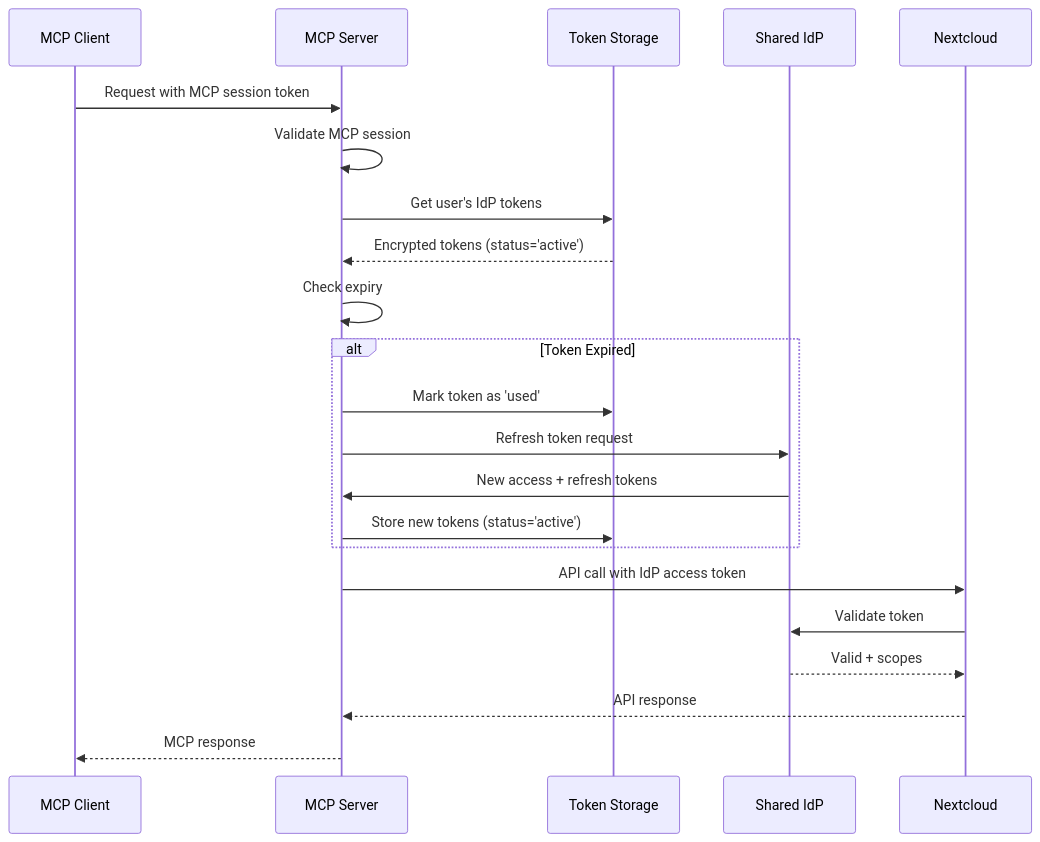
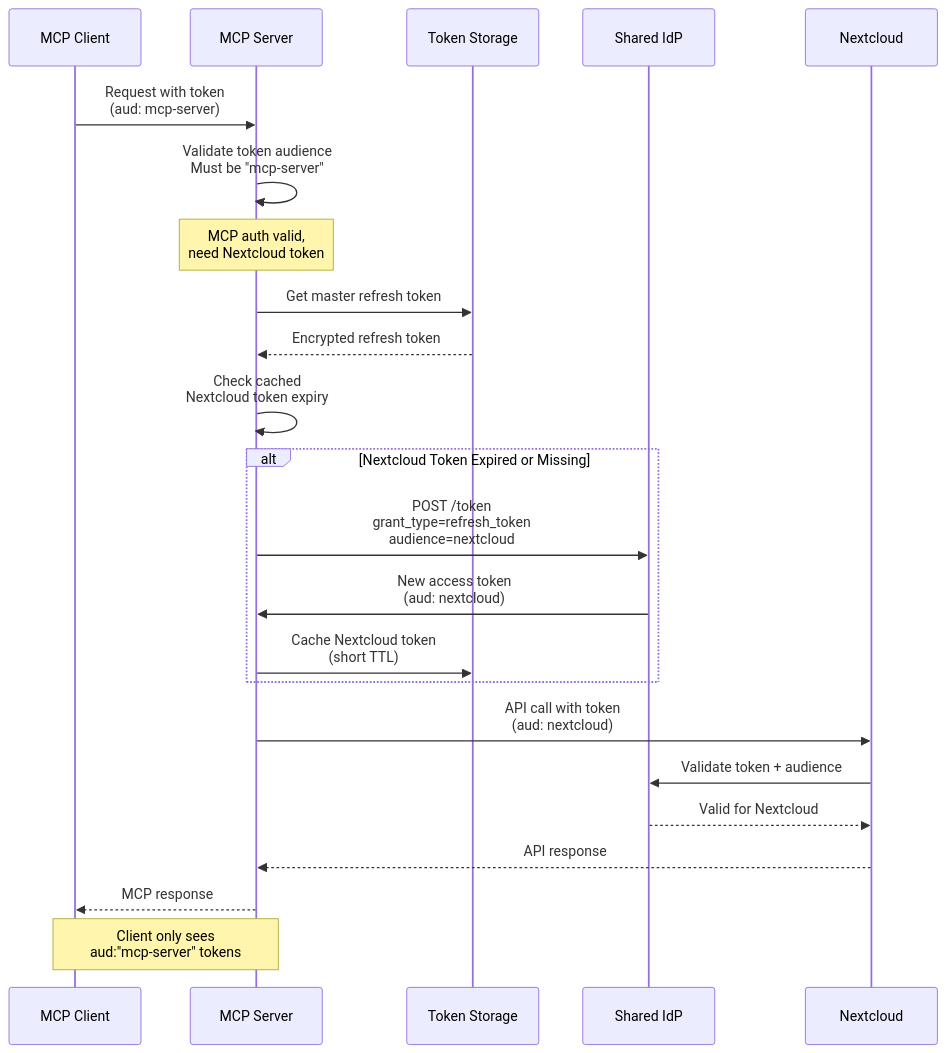
Before and after one commit to cbcoutinho/nextcloud-mcp-server: the second of 3 diagrams in docs/ADR-004-mcp-application-oauth.md, drawn with Mermaid. The commit also changed other lines of this file, not shown here.

First line of the commit message:
docs: Correct ADR-004 to Token Broker Architecture with strict audience isolation

````diff
--- a/docs/ADR-004-mcp-application-oauth.md
+++ b/docs/ADR-004-mcp-application-oauth.md
@@ -124,27 +178,32 @@
 ```mermaid
 sequenceDiagram
     participant MCPClient as MCP Client
     participant MCPServer as MCP Server
     participant TokenStore as Token Storage
     participant IdP as Shared IdP
     participant Nextcloud
 
-    MCPClient->>MCPServer: Request with MCP session token
-    MCPServer->>MCPServer: Validate MCP session
-    MCPServer->>TokenStore: Get user's IdP tokens
-    TokenStore-->>MCPServer: Encrypted tokens (status='active')
-    MCPServer->>MCPServer: Check expiry
+    MCPClient->>MCPServer: Request with token<br/>(aud: mcp-server)
+    MCPServer->>MCPServer: Validate token audience<br/>Must be "mcp-server"
 
-    alt Token Expired
-        MCPServer->>TokenStore: Mark token as 'used'
-        MCPServer->>IdP: Refresh token request
-        IdP->>MCPServer: New access + refresh tokens
-        MCPServer->>TokenStore: Store new tokens (status='active')
+    Note over MCPServer: MCP auth valid,<br/>need Nextcloud token
+
+    MCPServer->>TokenStore: Get master refresh token
+    TokenStore-->>MCPServer: Encrypted refresh token
+
+    MCPServer->>MCPServer: Check cached<br/>Nextcloud token expiry
+
+    alt Nextcloud Token Expired or Missing
+        MCPServer->>IdP: POST /token<br/>grant_type=refresh_token<br/>audience=nextcloud
+        IdP->>MCPServer: New access token<br/>(aud: nextcloud)
+        MCPServer->>TokenStore: Cache Nextcloud token<br/>(short TTL)
     end
 
-    MCPServer->>Nextcloud: API call with IdP access token
-    Nextcloud->>IdP: Validate token
-    IdP-->>Nextcloud: Valid + scopes
+    MCPServer->>Nextcloud: API call with token<br/>(aud: nextcloud)
+    Nextcloud->>IdP: Validate token + audience
+    IdP-->>Nextcloud: Valid for Nextcloud
     Nextcloud-->>MCPServer: API response
     MCPServer-->>MCPClient: MCP response
+
+    Note over MCPClient,MCPServer: Client only sees<br/>aud:"mcp-server" tokens
 ```
````
